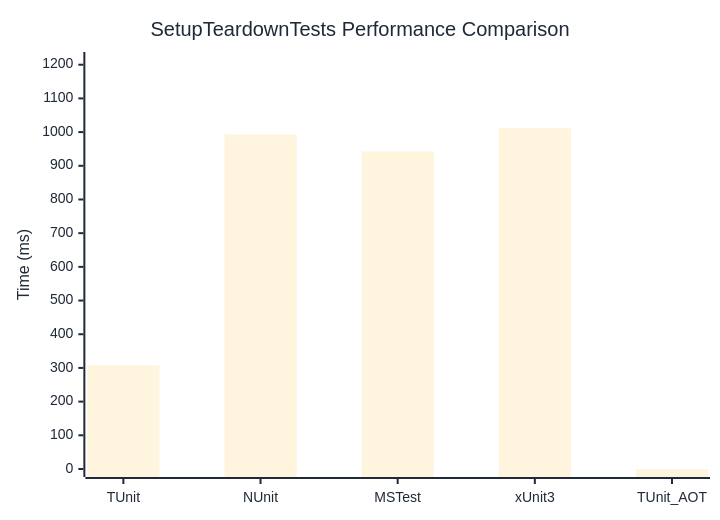
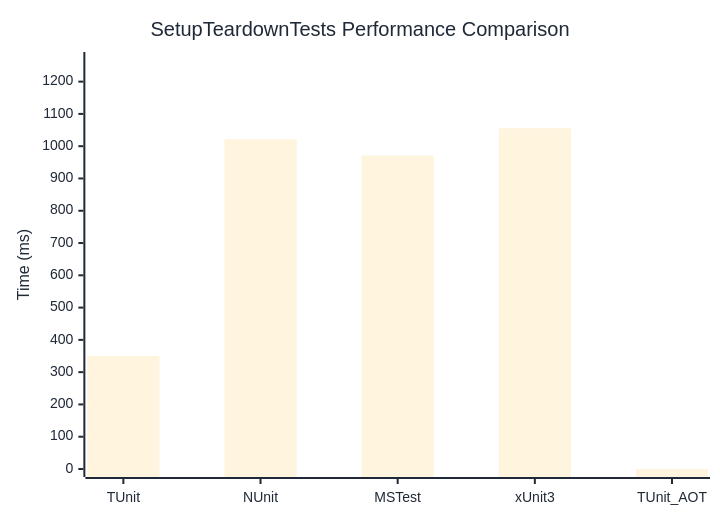
One commit to thomhurst/TUnit changed the diagram in docs/docs/benchmarks/engine/SetupTeardownTests.md. Above: the diagram before and after it, drawn with Mermaid. The commit also changed other lines of this file and 17 other files, not shown here.

````diff
--- a/docs/docs/benchmarks/engine/SetupTeardownTests.md
+++ b/docs/docs/benchmarks/engine/SetupTeardownTests.md
@@ -29,37 +29,37 @@
 ```mermaid
 %%{init: {
   'theme':'base',
   'themeVariables': {
     'primaryColor': '#2563eb',
     'primaryTextColor': '#1f2937',
     'primaryBorderColor': '#1e40af',
     'lineColor': '#6b7280',
     'secondaryColor': '#7c3aed',
     'tertiaryColor': '#dc2626',
     'background': '#ffffff',
     'mainBkg': '#2563eb',
     'secondBkg': '#7c3aed',
     'tertiaryBkg': '#dc2626',
     'clusterBkg': '#f3f4f6',
     'edgeLabelBackground': '#ffffff',
     'tertiaryTextColor': '#1f2937',
     'pie1': '#2563eb',
     'pie2': '#7c3aed',
     'pie3': '#dc2626',
     'pie4': '#f59e0b',
     'pie5': '#10b981',
     'pie6': '#06b6d4',
     'pie7': '#ec4899',
     'pie8': '#6366f1',
     'pie9': '#84cc16',
     'pie10': '#f97316',
     'pie11': '#14b8a6',
     'pie12': '#a855f7'
   }
 }}%%
 xychart-beta
   title "SetupTeardownTests Performance Comparison"
   x-axis ["TUnit", "NUnit", "MSTest", "xUnit3", "TUnit_AOT"]
-  y-axis "Time (ms)" 0 --> 1214
-  bar [308.1, 992.7, 942.5, 1011.5, 0]
+  y-axis "Time (ms)" 0 --> 1267
+  bar [350.4, 1021.3, 970.9, 1055.7, 0]
 ```
````
